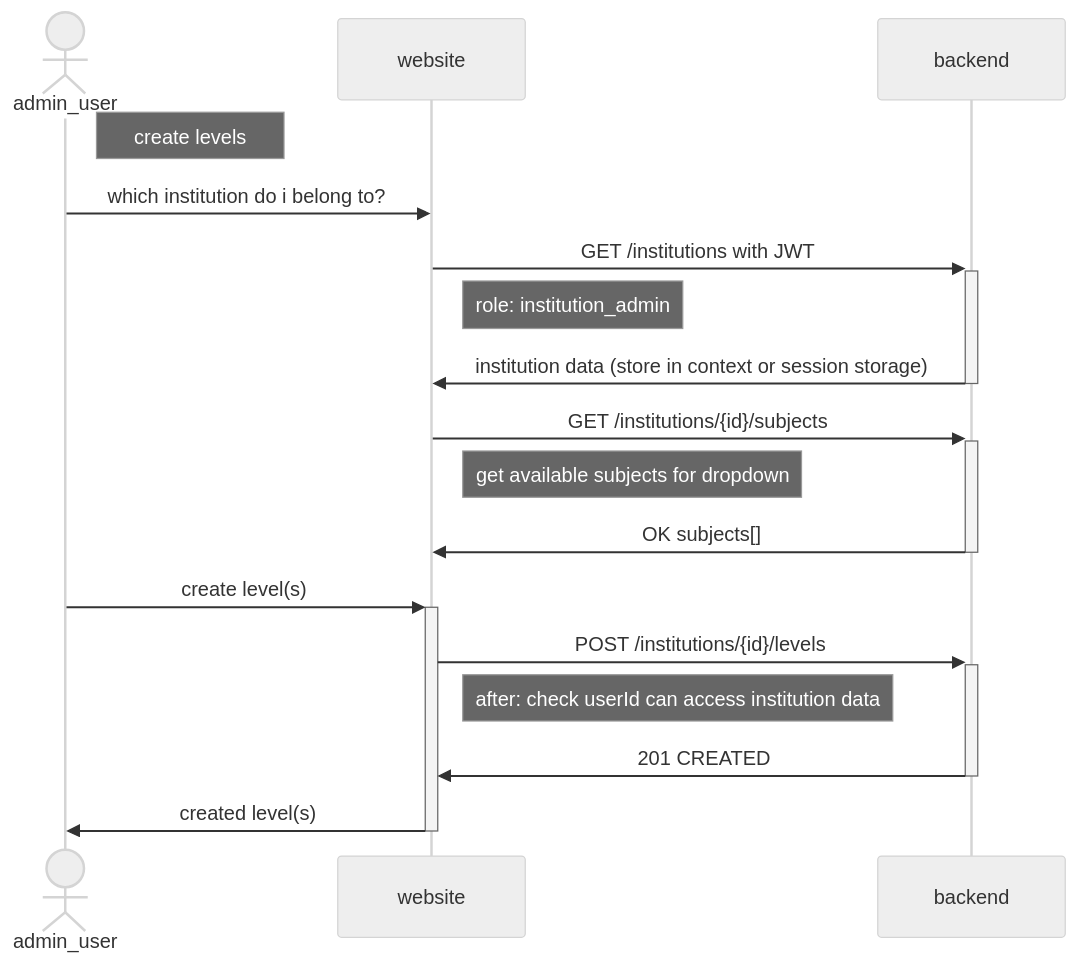
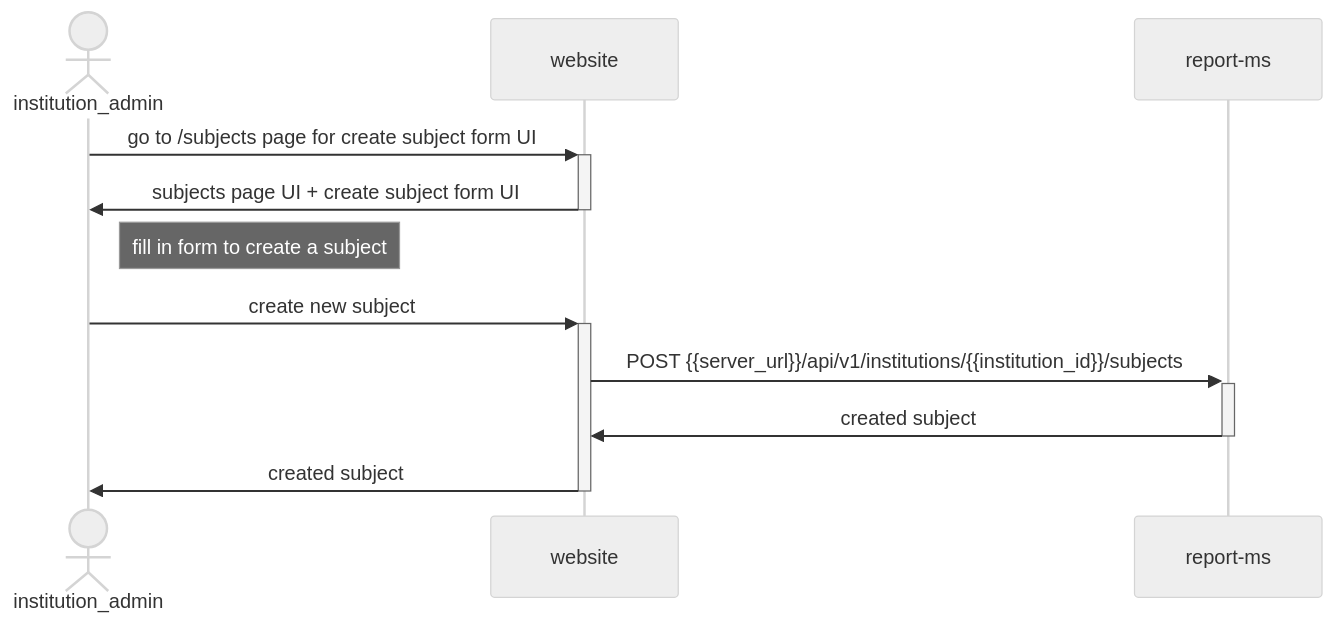
Before and after one commit to AuraAITools/aura-report-website: the third of 6 diagrams in aura-report-website/diagrams/new-institution-admin-user-flow.md, drawn with Mermaid (neutral theme). The commit also changed other lines of this file and 90 other files, not shown here.

````diff
--- a/aura-report-website/diagrams/new-institution-admin-user-flow.md
+++ b/aura-report-website/diagrams/new-institution-admin-user-flow.md
@@ -57,21 +83,15 @@
 ```mermaid
 sequenceDiagram
-    actor admin_user
+    actor institution_admin
     participant website
-    participant backend
+    participant report-ms
 
-    note right of admin_user: create levels
-    admin_user ->> website: which institution do i belong to?
-    website ->> +backend: GET /institutions with JWT
-    note right of website: role: institution_admin
-    backend ->> -website: institution data (store in context or session storage)
-    website ->> +backend : GET /institutions/{id}/subjects
-    note right of website: get available subjects for dropdown
-    backend ->> -website: OK subjects[]
+    institution_admin ->> +website : go to /subjects page for create subject form UI
+    website ->> -institution_admin: subjects page UI + create subject form UI
+    note right of institution_admin: fill in form to create a subject
+    institution_admin ->> +website: create new subject
+    website ->> +report-ms: POST {{server_url}}/api/v1/institutions/{{institution_id}}/subjects
+    report-ms ->> -website: created subject
+    website ->> -institution_admin: created subject
 
-    admin_user ->> +website: create level(s)
-    website ->> +backend: POST /institutions/{id}/levels
-    note right of website: after: check userId can access institution data
-    backend ->> -website: 201 CREATED
-    website ->> -admin_user: created level(s)
 ```
````
